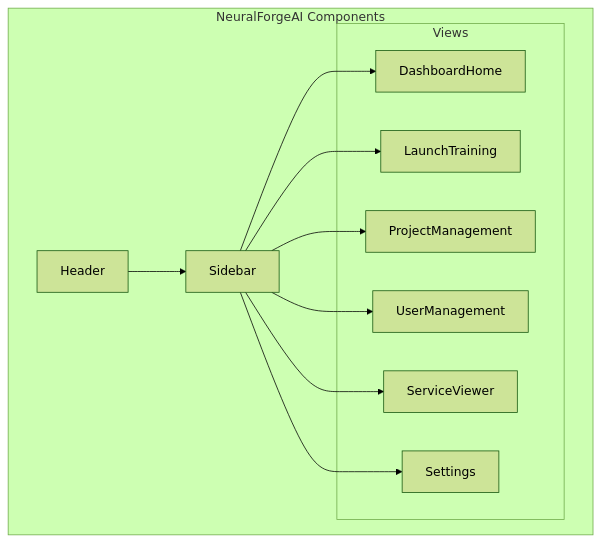
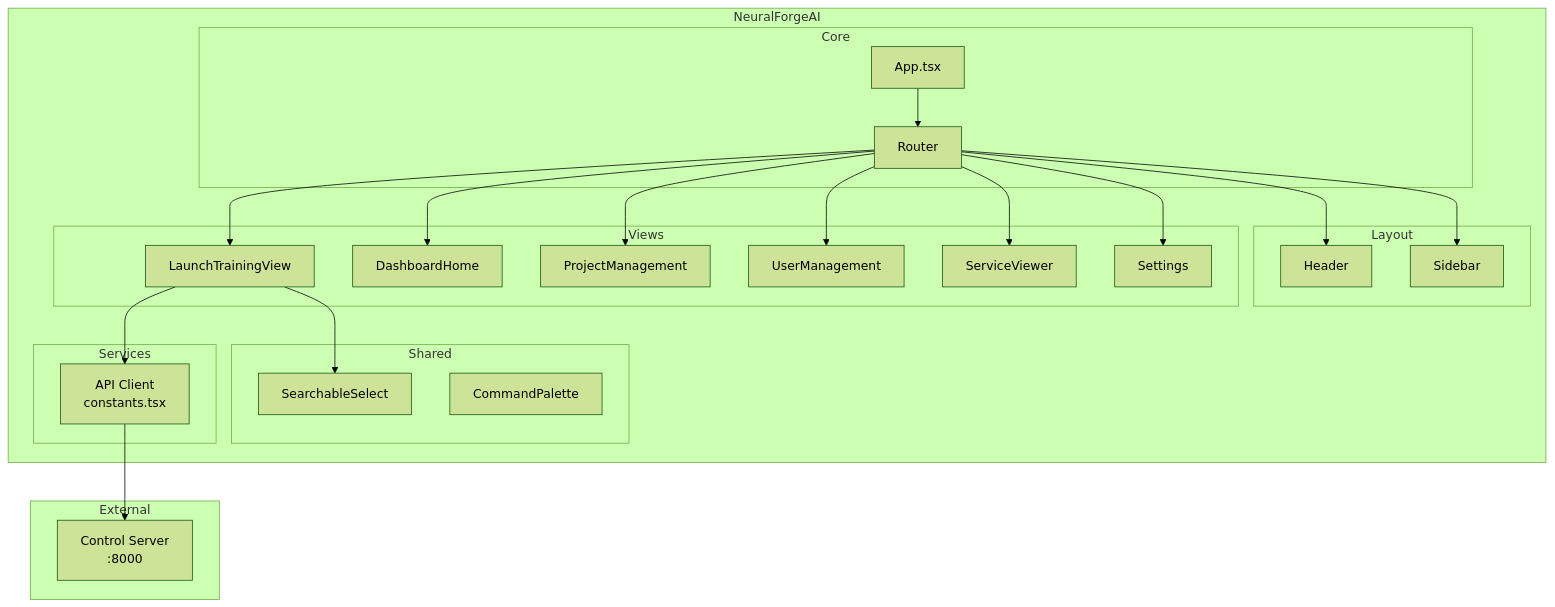
Before and after one commit to wisrovi/NeuralForgeAI: the third of 3 diagrams in README.md, drawn with Mermaid (forest theme). The commit also changed other lines of this file, not shown here.

Commit message:
docs: Update README with architecture diagrams (walkthrough, workflow, components, lifecycle, files)

````diff
--- a/README.md
+++ b/README.md
@@ -85,24 +104,49 @@
 ```mermaid
 graph TB
-    subgraph "NeuralForgeAI Components"
-        H[Header]
-        S[Sidebar]
+    subgraph "NeuralForgeAI"
+        subgraph "Core"
+            A[App.tsx]
+            R[Router]
+        end
+        
+        subgraph "Layout"
+            H[Header]
+            SB[Sidebar]
+        end
         
         subgraph "Views"
-            D[DashboardHome]
-            L[LaunchTraining]
-            P[ProjectManagement]
-            U[UserManagement]
+            LH[LaunchTrainingView]
+            DH[DashboardHome]
+            PM[ProjectManagement]
+            UM[UserManagement]
             SV[ServiceViewer]
-            SE[Settings]
+            ST[Settings]
+        end
+        
+        subgraph "Shared"
+            SS[SearchableSelect]
+            CP[CommandPalette]
+        end
+        
+        subgraph "Services"
+            AC[API Client<br/>constants.tsx]
         end
     end
 
-    H --> S
-    S --> D
-    S --> L
-    S --> P
-    S --> U
-    S --> SV
-    S --> SE
+    subgraph "External"
+        CS[Control Server<br/>:8000]
+    end
+
+    A --> R
+    R --> H
+    R --> SB
+    R --> LH
+    R --> DH
+    R --> PM
+    R --> UM
+    R --> SV
+    R --> ST
+    LH --> SS
+    LH --> AC
+    AC --> CS
 ```
````
